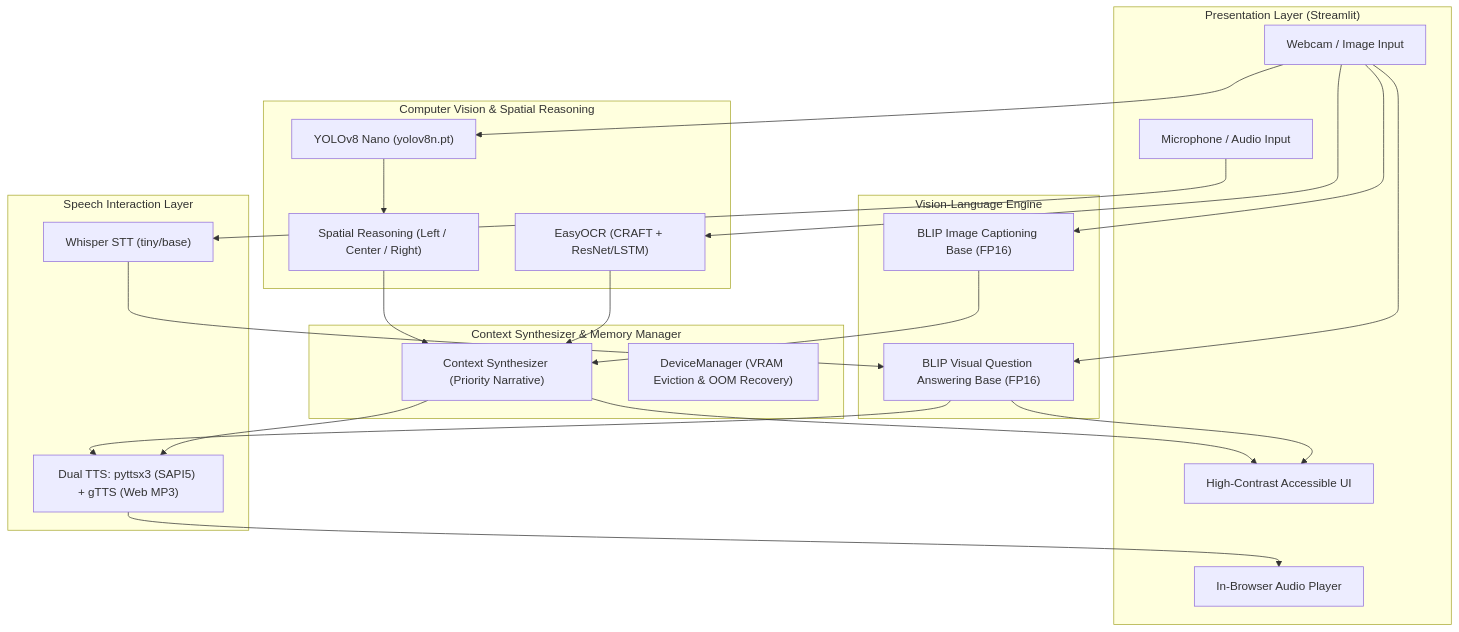
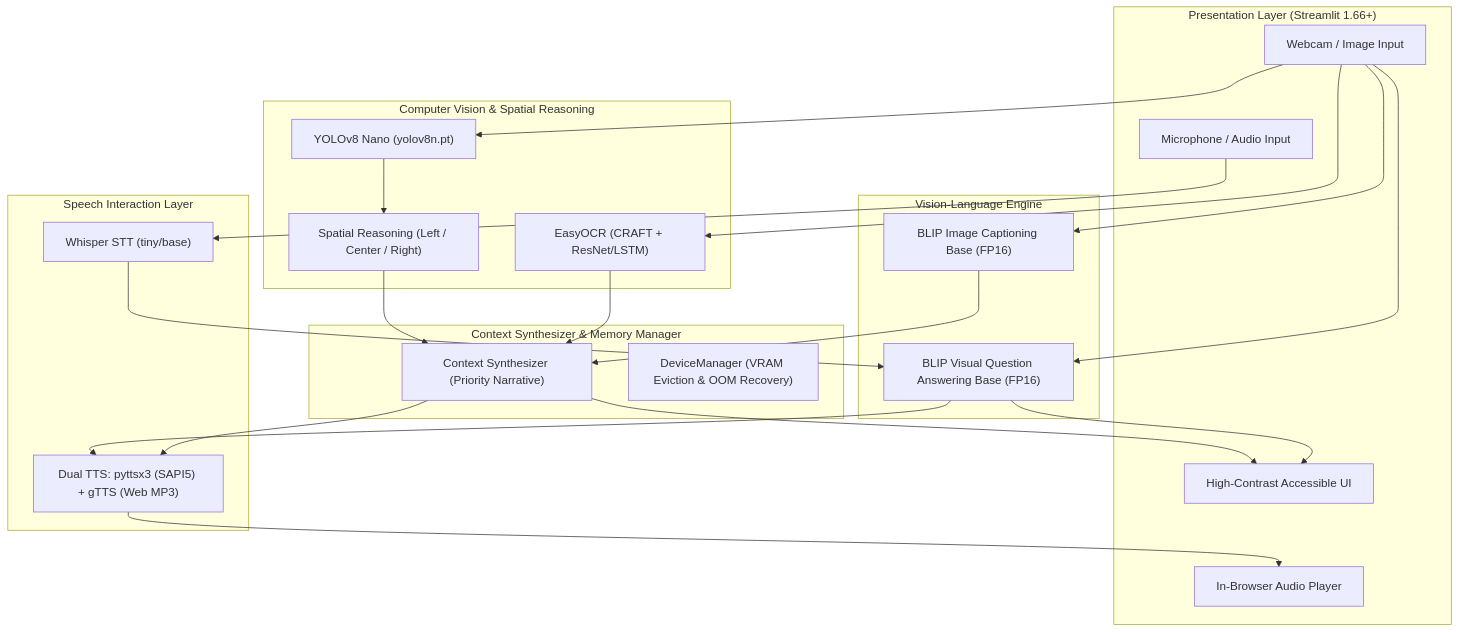
Before and after one commit to jaganamara/AI-visual-assistant-: the diagram in README.md, drawn with Mermaid. The commit also changed other lines of this file and 8 other files, not shown here.

````diff
--- a/README.md
+++ b/README.md
@@ -27,49 +66,49 @@
 ```mermaid
 graph TD
-    subgraph UI ["Presentation Layer (Streamlit)"]
+    subgraph UI ["Presentation Layer (Streamlit 1.66+)"]
         Cam["Webcam / Image Input"]
         Mic["Microphone / Audio Input"]
         UI_Display["High-Contrast Accessible UI"]
         UI_Audio["In-Browser Audio Player"]
     end
 
     subgraph Speech_Layer ["Speech Interaction Layer"]
         STT["Whisper STT (tiny/base)"]
         TTS["Dual TTS: pyttsx3 (SAPI5) + gTTS (Web MP3)"]
     end
 
     subgraph Vision_Layer ["Computer Vision & Spatial Reasoning"]
         YOLO["YOLOv8 Nano (yolov8n.pt)"]
         Spatial["Spatial Reasoning (Left / Center / Right)"]
         OCR["EasyOCR (CRAFT + ResNet/LSTM)"]
     end
 
     subgraph VLM_Layer ["Vision-Language Engine"]
         Captioner["BLIP Image Captioning Base (FP16)"]
         VQA["BLIP Visual Question Answering Base (FP16)"]
     end
 
     subgraph Orchestration ["Context Synthesizer & Memory Manager"]
         Context["Context Synthesizer (Priority Narrative)"]
         MemMgr["DeviceManager (VRAM Eviction & OOM Recovery)"]
     end
 
     Cam --> YOLO
     Cam --> OCR
     Cam --> Captioner
     Cam --> VQA
     Mic --> STT
 
     YOLO --> Spatial
     Spatial --> Context
     OCR --> Context
     Captioner --> Context
 
     STT --> VQA
     VQA --> TTS
     Context --> TTS
 
     TTS --> UI_Audio
     Context --> UI_Display
     VQA --> UI_Display
 ```
````
